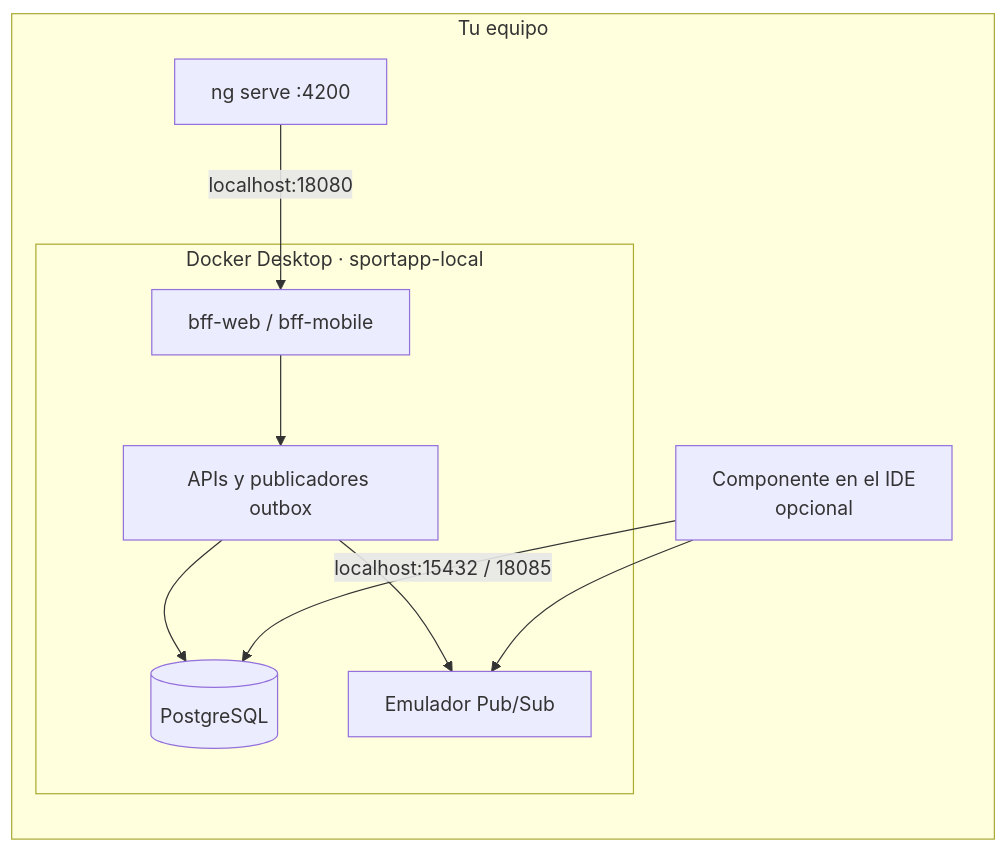
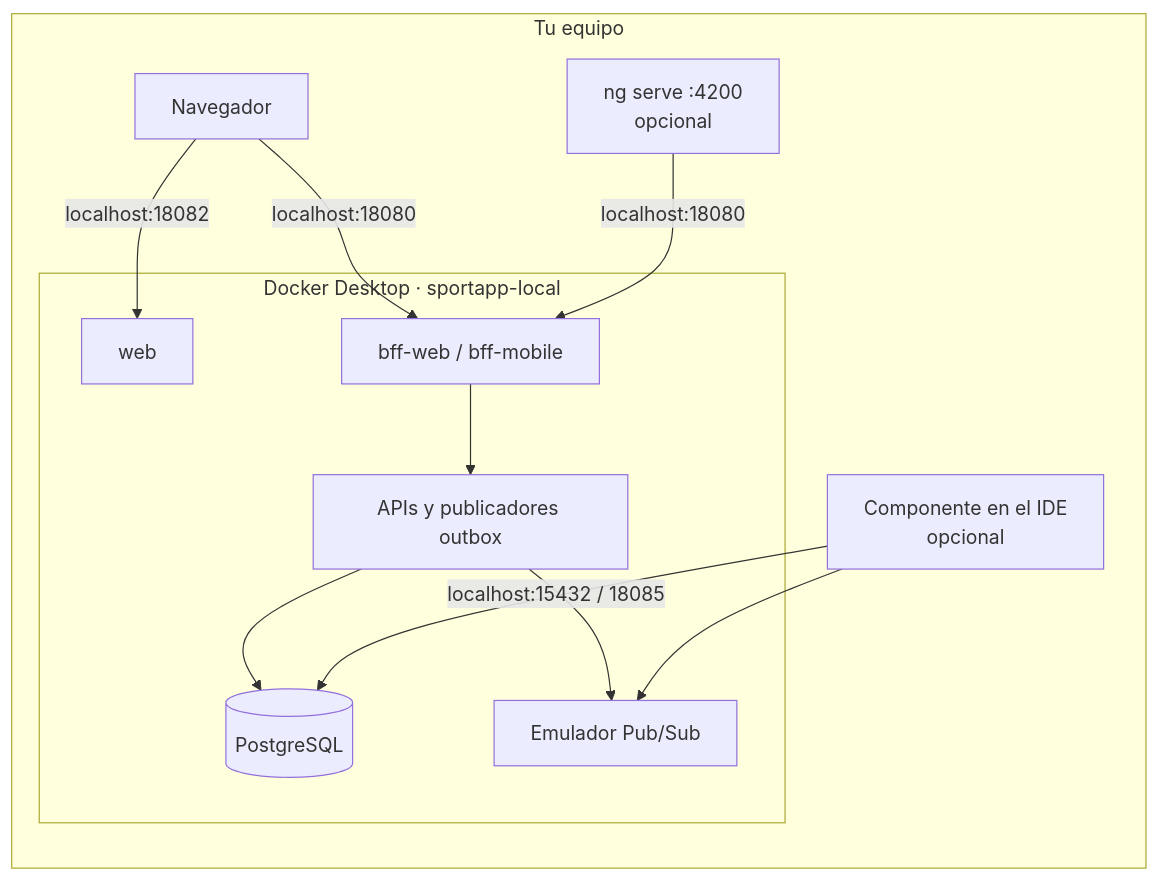
The first of 3 diagrams in infra/terraform/README.md (lfnavarroj1/sport-app-platform), drawn with Mermaid before and after one commit. The commit also changed other lines of this file and 21 other files, not shown here.

````diff
--- a/infra/terraform/README.md
+++ b/infra/terraform/README.md
@@ -92,18 +92,22 @@
 ```mermaid
 flowchart LR
     subgraph PC[Tu equipo]
-      NG[ng serve :4200]
+      NAV[Navegador]
+      NG[ng serve :4200<br/>opcional]
       IDE[Componente en el IDE<br/>opcional]
       subgraph DD[Docker Desktop · sportapp-local]
+        WEB[web]
         BFF[bff-web / bff-mobile]
         API[APIs y publicadores outbox]
         PG[(PostgreSQL)]
         EMU[Emulador Pub/Sub]
       end
     end
+    NAV -- localhost:18082 --> WEB
+    NAV -- localhost:18080 --> BFF
     NG -- localhost:18080 --> BFF
     BFF --> API --> PG
     API --> EMU
     IDE -- localhost:15432 / 18085 --> PG
     IDE --> EMU
 ```
````
